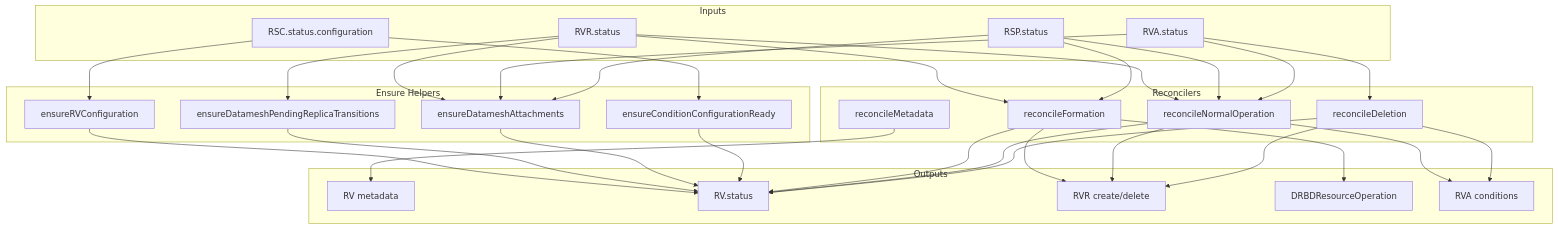
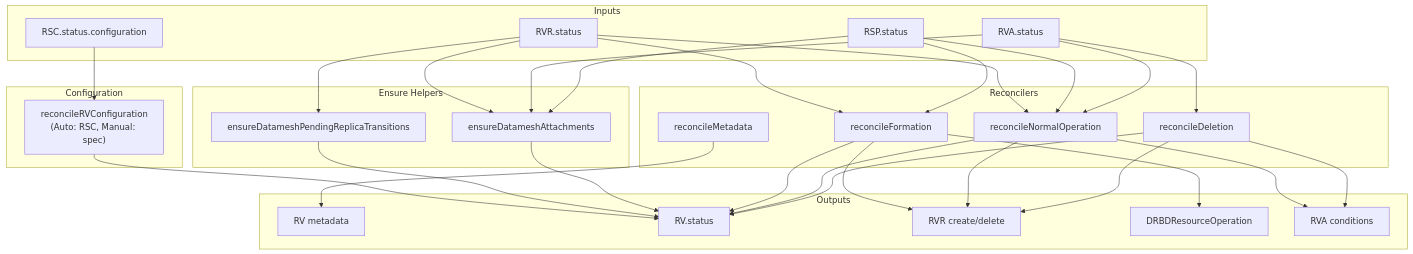
Before and after one commit to deckhouse/sds-replicated-volume: the second of 13 diagrams in images/controller/internal/controllers/rv_controller/README.md, drawn with Mermaid. The commit also changed other lines of this file and 29 other files, not shown here.

````diff
--- a/images/controller/internal/controllers/rv_controller/README.md
+++ b/images/controller/internal/controllers/rv_controller/README.md
@@ -351,59 +355,59 @@
 ```mermaid
 flowchart TD
     subgraph inputs [Inputs]
         RSCStatus[RSC.status.configuration]
         RSP[RSP.status]
         RVRStatus[RVR.status]
         RVAStatus[RVA.status]
     end
 
     subgraph reconcilers [Reconcilers]
         ReconcileMeta[reconcileMetadata]
         ReconcileFormation[reconcileFormation]
         ReconcileNormalOp[reconcileNormalOperation]
         ReconcileDeletion[reconcileDeletion]
     end
 
     subgraph ensures [Ensure Helpers]
-        EnsureConfig[ensureRVConfiguration]
         EnsurePending[ensureDatameshPendingReplicaTransitions]
         EnsureAttachments[ensureDatameshAttachments]
-        EnsureCondConfig[ensureConditionConfigurationReady]
+    end
+
+    subgraph configReconciler [Configuration]
+        ReconcileConfig["reconcileRVConfiguration<br/>(Auto: RSC, Manual: spec)"]
     end
 
     subgraph outputs [Outputs]
         RVMeta[RV metadata]
         RVStatus[RV.status]
         RVRManaged[RVR create/delete]
         DRBDROp[DRBDResourceOperation]
         RVAConditions[RVA conditions]
     end
 
-    RSCStatus --> EnsureConfig
-    RSCStatus --> EnsureCondConfig
+    RSCStatus --> ReconcileConfig
     RVRStatus --> EnsurePending
     RVRStatus --> ReconcileFormation
     RSP --> ReconcileFormation
     RVRStatus --> ReconcileNormalOp
     RSP --> ReconcileNormalOp
     RVAStatus --> ReconcileNormalOp
     RVAStatus --> ReconcileDeletion
     RVRStatus --> EnsureAttachments
     RVAStatus --> EnsureAttachments
     RSP --> EnsureAttachments
 
     ReconcileMeta --> RVMeta
-    EnsureConfig --> RVStatus
+    ReconcileConfig --> RVStatus
     EnsurePending --> RVStatus
     EnsureAttachments --> RVStatus
-    EnsureCondConfig --> RVStatus
     ReconcileFormation --> RVStatus
     ReconcileFormation --> RVRManaged
     ReconcileFormation --> DRBDROp
     ReconcileNormalOp --> RVStatus
     ReconcileNormalOp --> RVRManaged
     ReconcileNormalOp --> RVAConditions
     ReconcileDeletion --> RVAConditions
     ReconcileDeletion --> RVRManaged
     ReconcileDeletion --> RVStatus
 ```
````
